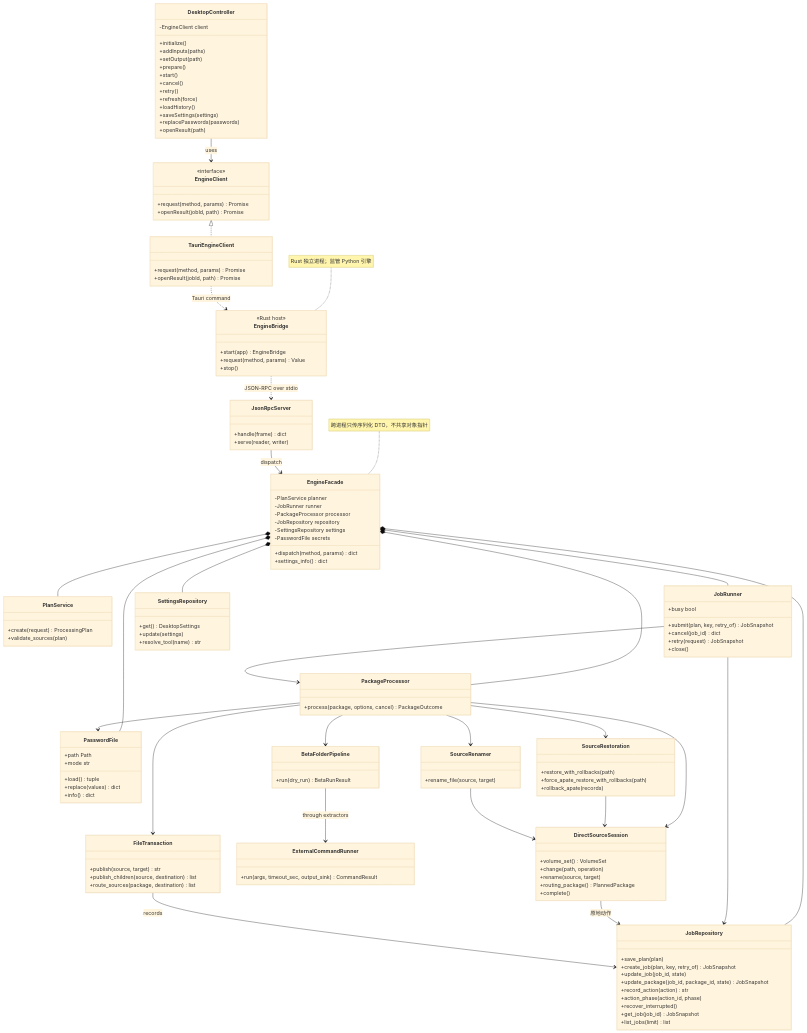
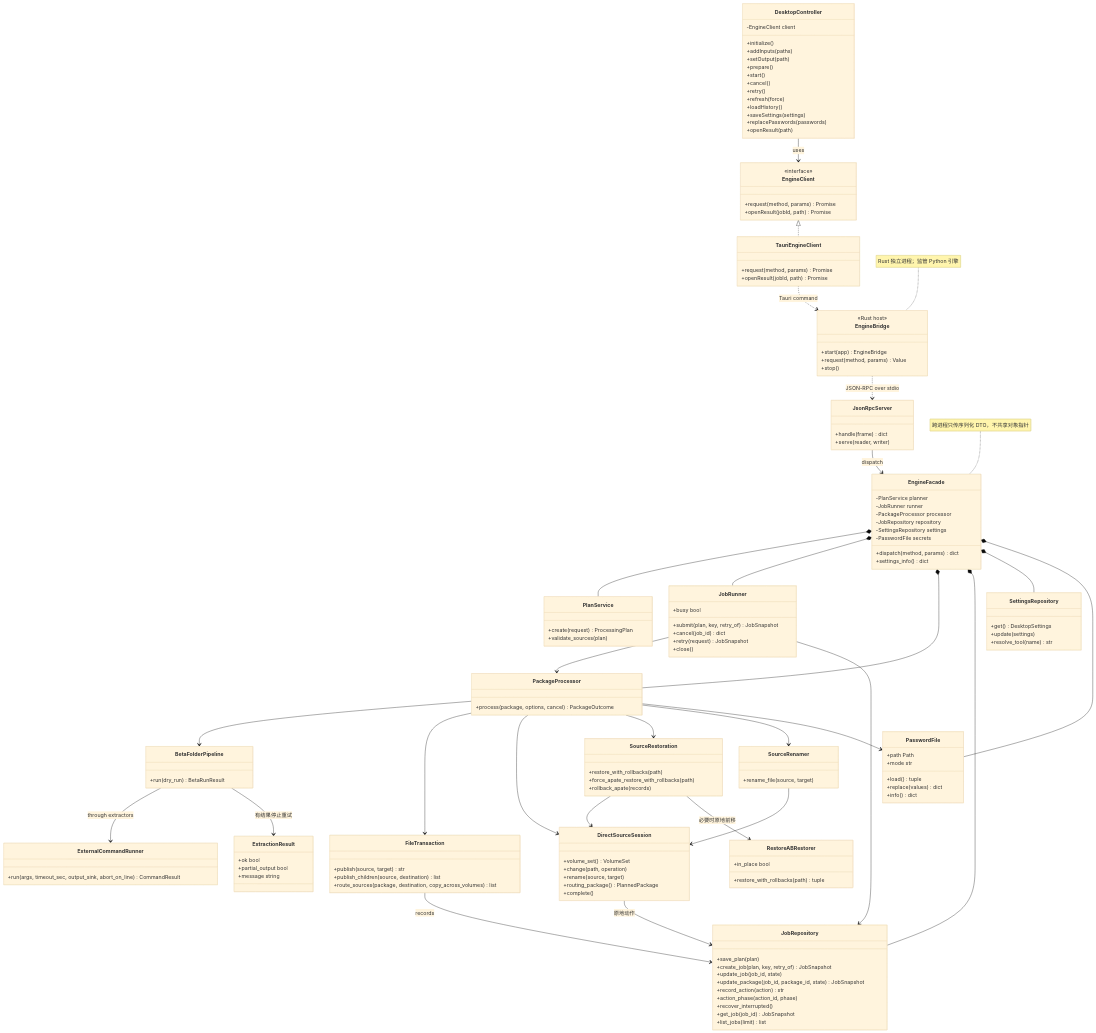
Before and after one commit to WOO-woo-Waf/reorder: the diagram in docs/diagrams/classes.mmd, drawn with Mermaid (base theme). The commit also changed 49 other files, not shown here.

```diff
--- a/docs/diagrams/classes.mmd
+++ b/docs/diagrams/classes.mmd
@@ -1,134 +1,145 @@
 classDiagram
   class EngineClient {
     <<interface>>
     +request(method, params) Promise
     +openResult(jobId, path) Promise
   }
   class TauriEngineClient {
     +request(method, params) Promise
     +openResult(jobId, path) Promise
   }
   class DesktopController {
     -EngineClient client
     +initialize()
     +addInputs(paths)
     +setOutput(path)
     +prepare()
     +start()
     +cancel()
     +retry()
     +refresh(force)
     +loadHistory()
     +saveSettings(settings)
     +replacePasswords(passwords)
     +openResult(path)
   }
   class EngineBridge {
     <<Rust host>>
     +start(app) EngineBridge
     +request(method, params) Value
     +stop()
   }
   class JsonRpcServer {
     +handle(frame) dict
     +serve(reader, writer)
   }
   class EngineFacade {
     -PlanService planner
     -JobRunner runner
     -PackageProcessor processor
     -JobRepository repository
     -SettingsRepository settings
     -PasswordFile secrets
     +dispatch(method, params) dict
     +settings_info() dict
   }
   class PlanService {
     +create(request) ProcessingPlan
     +validate_sources(plan)
   }
   class JobRunner {
     +submit(plan, key, retry_of) JobSnapshot
     +cancel(job_id) dict
     +retry(request) JobSnapshot
     +busy bool
     +close()
   }
   class PackageProcessor {
     +process(package, options, cancel) PackageOutcome
   }
   class FileTransaction {
     +publish(source, target) str
     +publish_children(source, destination) list
-    +route_sources(package, destination) list
+    +route_sources(package, destination, copy_across_volumes) list
   }
   class JobRepository {
     +save_plan(plan)
     +create_job(plan, key, retry_of) JobSnapshot
     +update_job(job_id, state)
     +update_package(job_id, package_id, state) JobSnapshot
     +record_action(action) str
     +action_phase(action_id, phase)
     +recover_interrupted()
     +get_job(job_id) JobSnapshot
     +list_jobs(limit) list
   }
   class SettingsRepository {
     +get() DesktopSettings
     +update(settings)
     +resolve_tool(name) str
   }
   class PasswordFile {
     +load() tuple
     +replace(values) dict
     +info() dict
     +path Path
     +mode str
   }
   class ExternalCommandRunner {
-    +run(args, timeout_sec, output_sink) CommandResult
+    +run(args, timeout_sec, output_sink, abort_on_line) CommandResult
   }
   class BetaFolderPipeline {
     +run(dry_run) BetaRunResult
+  }
+  class RestoreABRestorer {
+    +in_place bool
+    +restore_with_rollbacks(path) tuple
+  }
+  class ExtractionResult {
+    +ok bool
+    +partial_output bool
+    +message string
   }
   class DirectSourceSession {
     +volume_set() VolumeSet
     +change(path, operation)
     +rename(source, target)
     +routing_package() PlannedPackage
     +complete()
   }
   class SourceRestoration {
     +restore_with_rollbacks(path)
     +force_apate_restore_with_rollbacks(path)
     +rollback_apate(records)
   }
   class SourceRenamer {
     +rename_file(source, target)
   }
   EngineClient <|.. TauriEngineClient
   DesktopController --> EngineClient : uses
   TauriEngineClient ..> EngineBridge : Tauri command
   EngineBridge ..> JsonRpcServer : JSON-RPC over stdio
   JsonRpcServer --> EngineFacade : dispatch
   EngineFacade *-- PlanService
   EngineFacade *-- JobRunner
   EngineFacade *-- PackageProcessor
   EngineFacade *-- JobRepository
   EngineFacade *-- SettingsRepository
   EngineFacade *-- PasswordFile
   JobRunner --> PackageProcessor
   JobRunner --> JobRepository
   PackageProcessor --> BetaFolderPipeline
   PackageProcessor --> FileTransaction
   PackageProcessor --> DirectSourceSession
   PackageProcessor --> SourceRestoration
   PackageProcessor --> SourceRenamer
   SourceRestoration --> DirectSourceSession
+  SourceRestoration --> RestoreABRestorer : 必要时原地前移
   SourceRenamer --> DirectSourceSession
   DirectSourceSession --> JobRepository : 原地动作
   PackageProcessor --> PasswordFile
   FileTransaction --> JobRepository : records
   BetaFolderPipeline --> ExternalCommandRunner : through extractors
+  BetaFolderPipeline --> ExtractionResult : 有结果停止重试
   note for EngineBridge "Rust 独立进程；监管 Python 引擎"
   note for EngineFacade "跨进程只传序列化 DTO，不共享对象指针"
```
